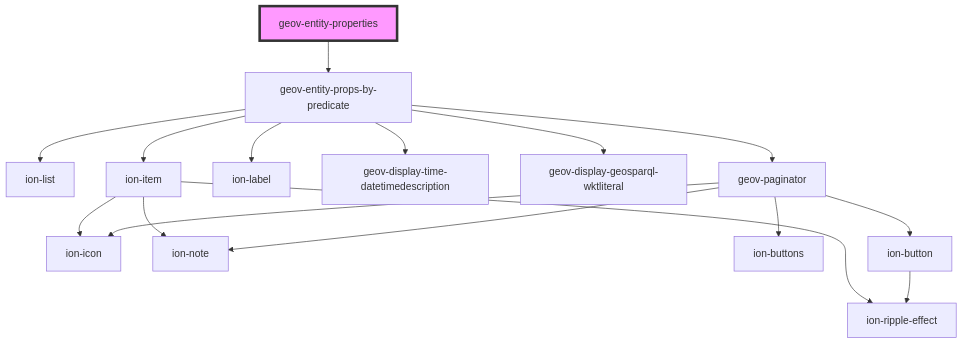
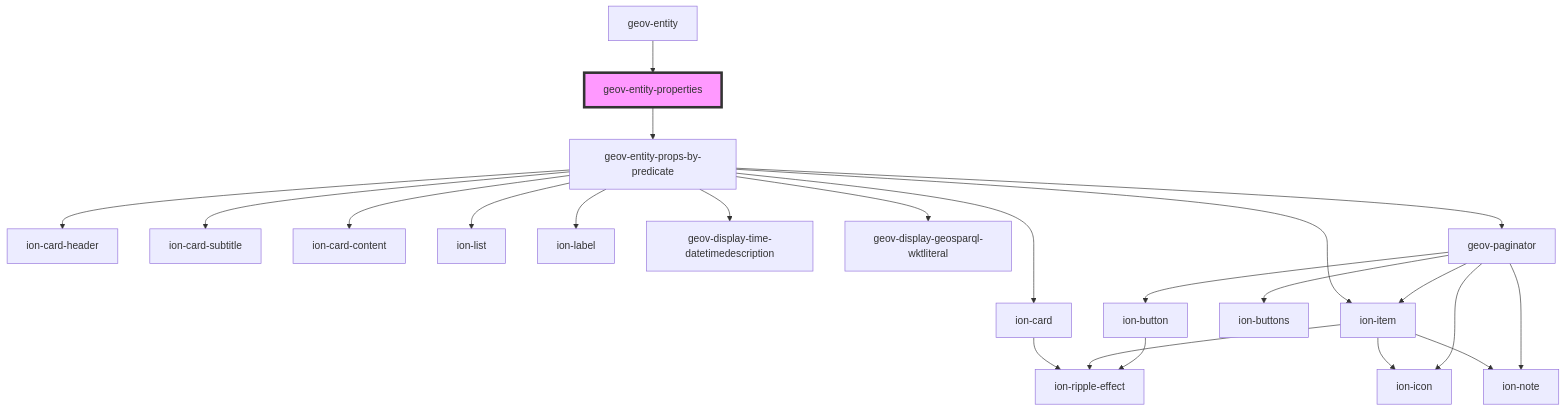
Before and after one commit to geovistory/design-system: the diagram in packages/design-system-web/src/components/geov-entity-properties/readme.md, drawn with Mermaid. The commit also changed other lines of this file and 21 other files, not shown here.

````diff
--- a/packages/design-system-web/src/components/geov-entity-properties/readme.md
+++ b/packages/design-system-web/src/components/geov-entity-properties/readme.md
@@ -27,19 +48,26 @@
 ```mermaid
 graph TD;
   geov-entity-properties --> geov-entity-props-by-predicate
+  geov-entity-props-by-predicate --> ion-card
+  geov-entity-props-by-predicate --> ion-card-header
+  geov-entity-props-by-predicate --> ion-card-subtitle
+  geov-entity-props-by-predicate --> ion-card-content
   geov-entity-props-by-predicate --> ion-list
   geov-entity-props-by-predicate --> ion-item
   geov-entity-props-by-predicate --> ion-label
   geov-entity-props-by-predicate --> geov-display-time-datetimedescription
   geov-entity-props-by-predicate --> geov-display-geosparql-wktliteral
   geov-entity-props-by-predicate --> geov-paginator
+  ion-card --> ion-ripple-effect
   ion-item --> ion-icon
   ion-item --> ion-ripple-effect
   ion-item --> ion-note
+  geov-paginator --> ion-item
   geov-paginator --> ion-note
   geov-paginator --> ion-buttons
   geov-paginator --> ion-button
   geov-paginator --> ion-icon
   ion-button --> ion-ripple-effect
+  geov-entity --> geov-entity-properties
   style geov-entity-properties fill:#f9f,stroke:#333,stroke-width:4px
 ```
````
